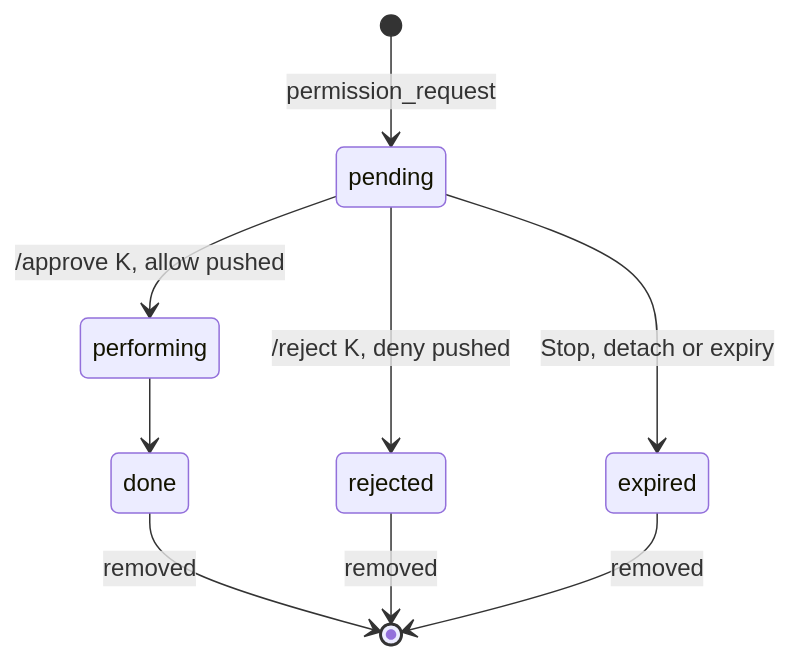
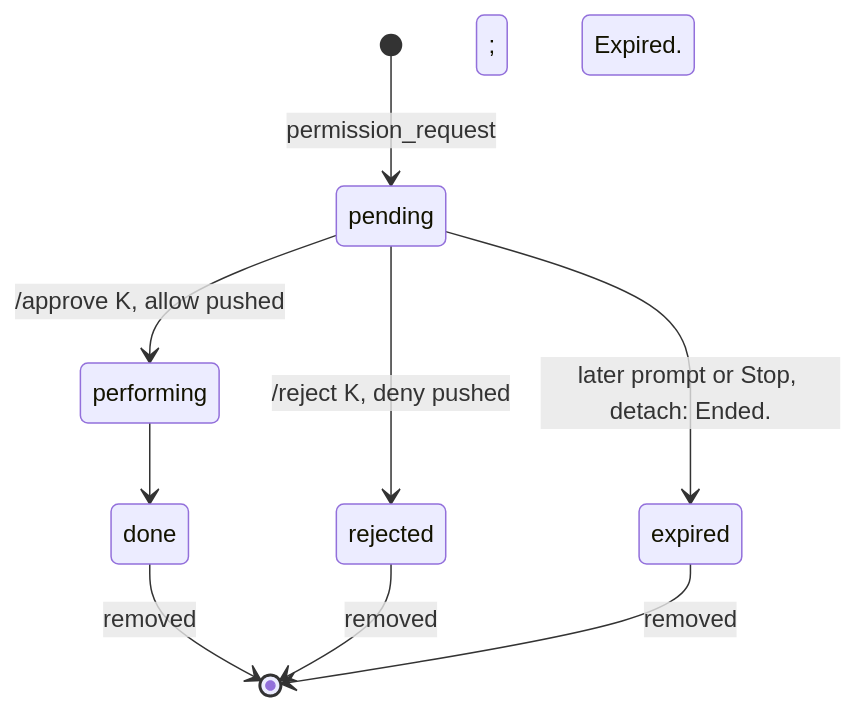
Before and after one commit to simplex-chat/simplex-chat: the ninth of 11 diagrams in plans/2026-11-07-mcp-claude-code-channel.md, drawn with Mermaid. The commit also changed other lines of this file, not shown here.

````diff
--- a/plans/2026-11-07-mcp-claude-code-channel.md
+++ b/plans/2026-11-07-mcp-claude-code-channel.md
@@ -368,11 +461,11 @@
 ```mermaid
 stateDiagram-v2
   [*] --> pending: permission_request
   pending --> performing: /approve K, allow pushed
   performing --> done
   pending --> rejected: /reject K, deny pushed
-  pending --> expired: Stop, detach or expiry
+  pending --> expired: later prompt or Stop, detach: Ended.; expiry: Expired.
   done --> [*]: removed
   rejected --> [*]: removed
   expired --> [*]: removed
 ```
````
